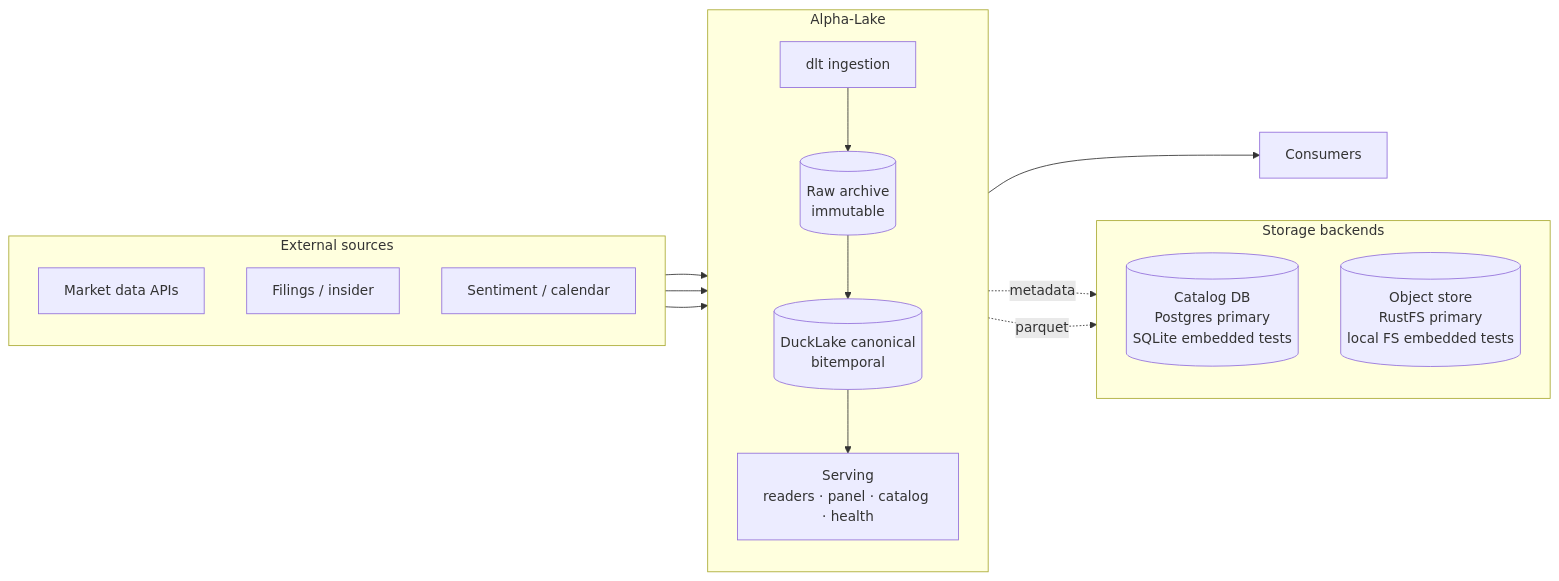
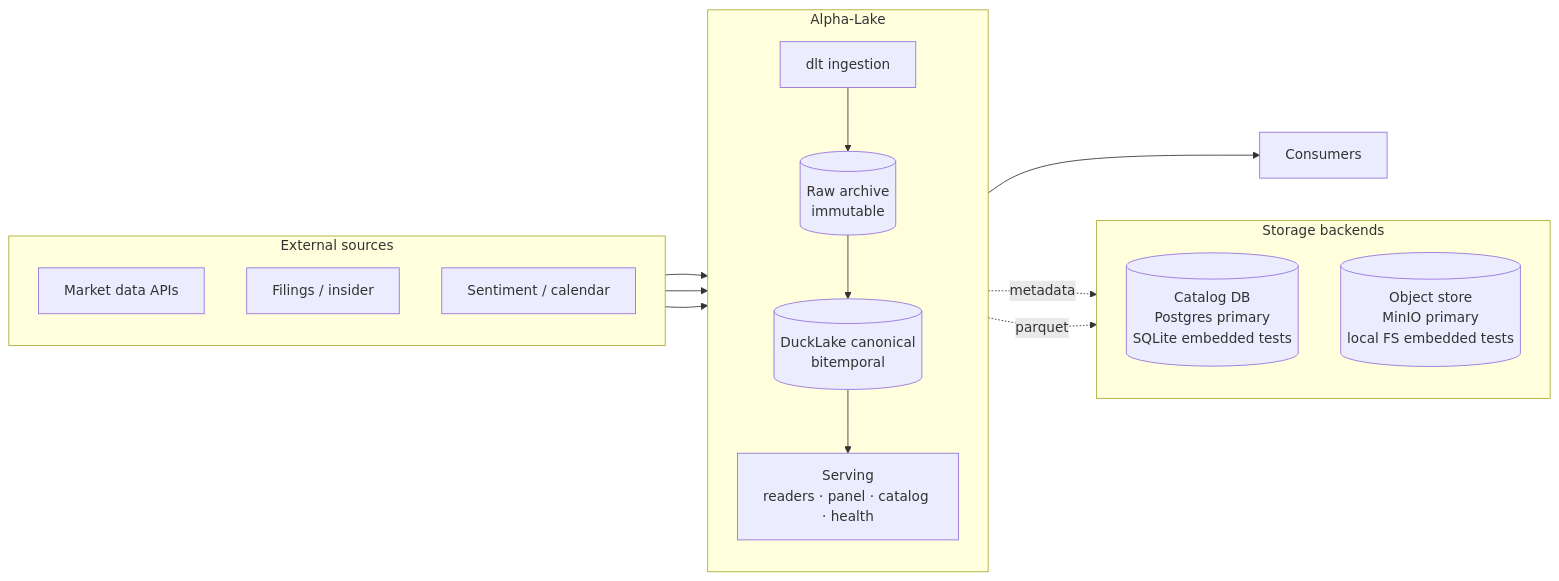
One commit to mblaauw/alpha-lake changed the first of 6 diagrams in docs/DESIGN.md. Above: the diagram before and after it, drawn with Mermaid. The commit also changed other lines of this file and 12 other files, not shown here.

First line of the commit message:
fix: QA sweep — RustFS→MinIO, missing CLI commands, doc stale items

````diff
--- a/docs/DESIGN.md
+++ b/docs/DESIGN.md
@@ -50,25 +50,25 @@
 ```mermaid
 flowchart LR
   subgraph SRC[External sources]
     direction TB
     S1[Market data APIs]
     S2[Filings / insider]
     S3[Sentiment / calendar]
   end
   subgraph LAKE[Alpha-Lake]
     direction TB
     ING[dlt ingestion]
     RAW[(Raw archive<br/>immutable)]
     CAN[(DuckLake canonical<br/>bitemporal)]
     SRV[Serving<br/>readers · panel · catalog · health]
   end
   subgraph STORE[Storage backends]
     direction TB
     CAT[(Catalog DB<br/>Postgres primary<br/>SQLite embedded tests)]
-    OBJ[(Object store<br/>RustFS primary<br/>local FS embedded tests)]
+    OBJ[(Object store<br/>MinIO primary<br/>local FS embedded tests)]
   end
   CON[Consumers]
   S1 & S2 & S3 --> ING --> RAW --> CAN --> SRV --> CON
   CAN -. metadata .-> CAT
   CAN -. parquet .-> OBJ
 ```
````
